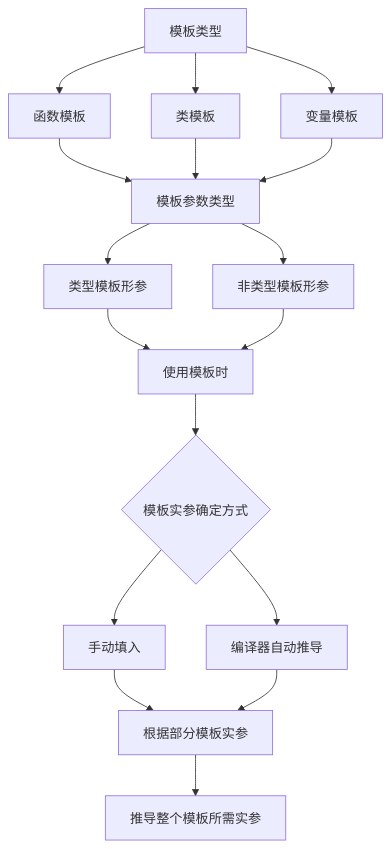
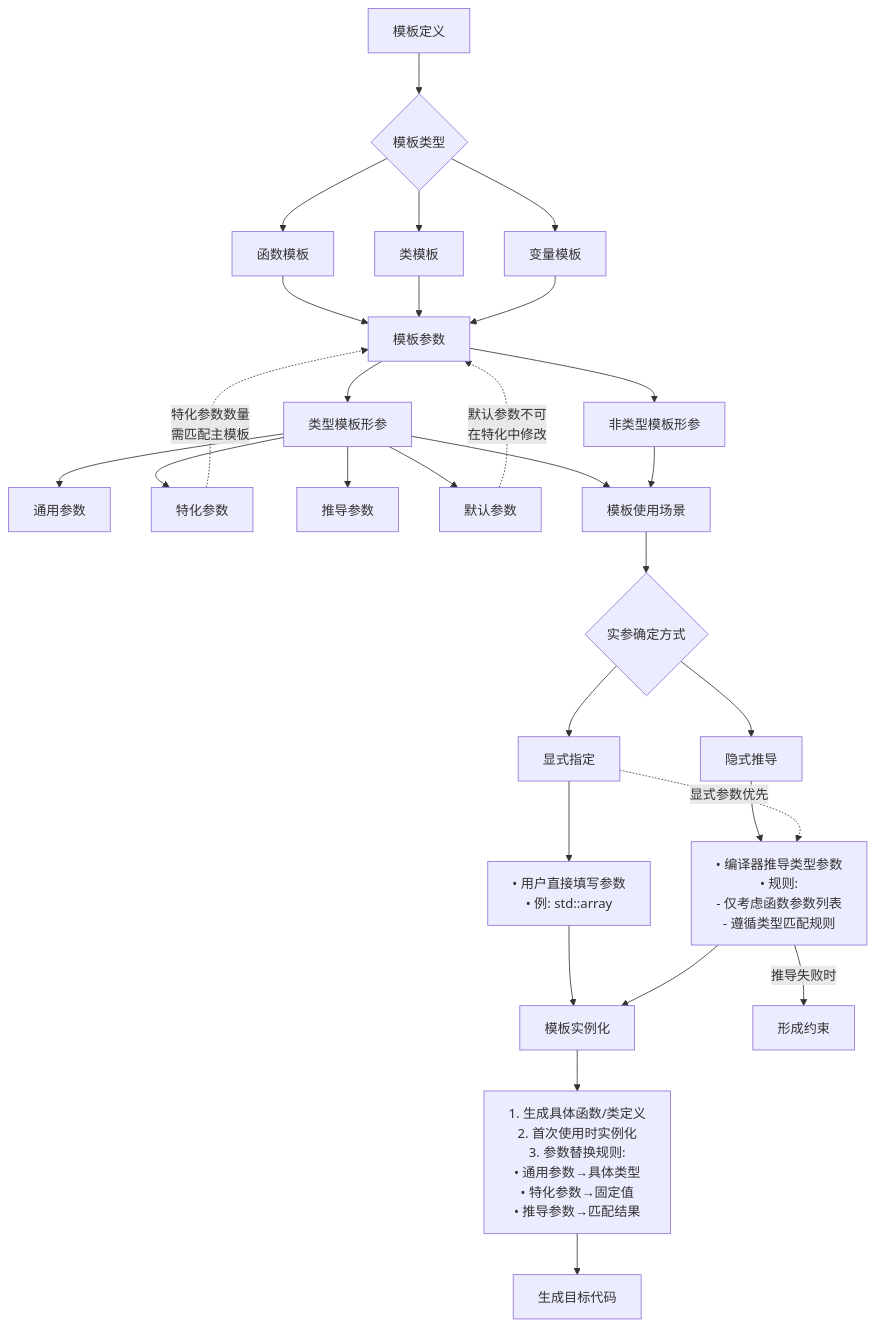
Before and after one commit to SuperIkunFan/SuperIkunFan.github.io: the diagram in docs/cplusplus/2025-06-25-c++模板参数推导和模板实例化.md, drawn with Mermaid. The commit also changed other lines of this file and 2 other files, not shown here.

````diff
--- a/docs/cplusplus/2025-06-25-c++模板参数推导和模板实例化.md
+++ b/docs/cplusplus/2025-06-25-c++模板参数推导和模板实例化.md
@@ -24,25 +135,46 @@
-```Mermaid
+```mermaid
 flowchart TD
-    A[模板类型] --> B[函数模板]
-    A --> C[类模板]
-    A --> D[变量模板]
+    %% ===== 模板定义阶段 =====
+    A[模板定义] --> B{模板类型}
+    B --> C[函数模板]
+    B --> D[类模板]
+    B --> E[变量模板]
     
-    B --> E[模板参数类型]
-    C --> E
-    D --> E
+    C --> F[模板参数]
+    D --> F
+    E --> F
     
-    E --> F[类型模板形参]
-    E --> G[非类型模板形参]
+    F --> G[类型模板形参]
+    F --> H[非类型模板形参]
     
-    F --> H[使用模板时]
-    G --> H
+    G --> I[通用参数]
+    G --> J[特化参数]
+    G --> K[推导参数]
+    G --> L[默认参数]
     
-    H --> I{模板实参确定方式}
-    I --> J[手动填入]
-    I --> K[编译器自动推导]
+    %% ===== 模板使用阶段 =====
+    G --> M[模板使用场景]
+    H --> M
     
-    J --> L[根据部分模板实参]
-    K --> L
+    M --> N{实参确定方式}
+    N --> O[显式指定]
+    N --> P[隐式推导]
     
-    L --> M[推导整个模板所需实参]
+    O --> Q["• 用户直接填写参数<br>• 例: std::array<int,5>"]
+    P --> R["• 编译器推导类型参数<br>• 规则:<br>   - 仅考虑函数参数列表<br>   - 遵循类型匹配规则"]
+    
+    %% ===== 实例化阶段 =====
+    Q --> S[模板实例化]
+    R --> S
+    
+    S --> T["1. 生成具体函数/类定义<br>2. 首次使用时实例化<br>3. 参数替换规则:<br>   • 通用参数→具体类型<br>   • 特化参数→固定值<br>   • 推导参数→匹配结果"]
+    
+    T --> U[生成目标代码]
+    
+    %% ===== 补充关系 =====
+    O -.->|"显式参数优先"| R
+    R -->|"推导失败时"| V["形成约束"]
+
+    L -.->|"默认参数不可<br>在特化中修改"| F
+    J -.->|"特化参数数量<br>需匹配主模板"| F
 ```
````
